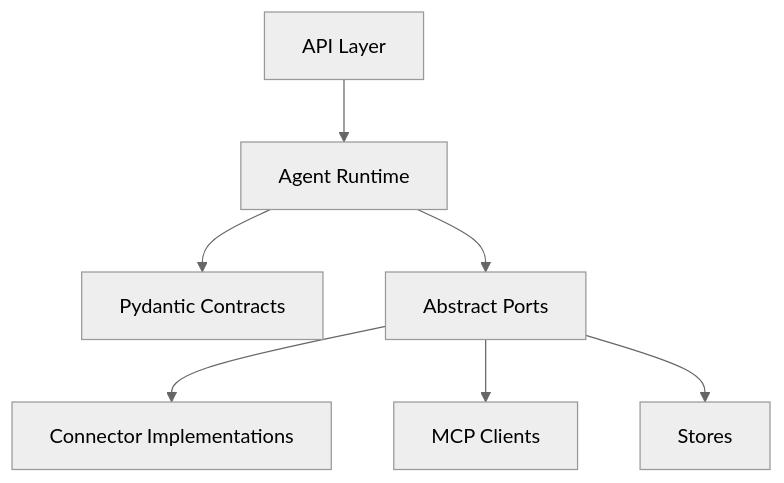
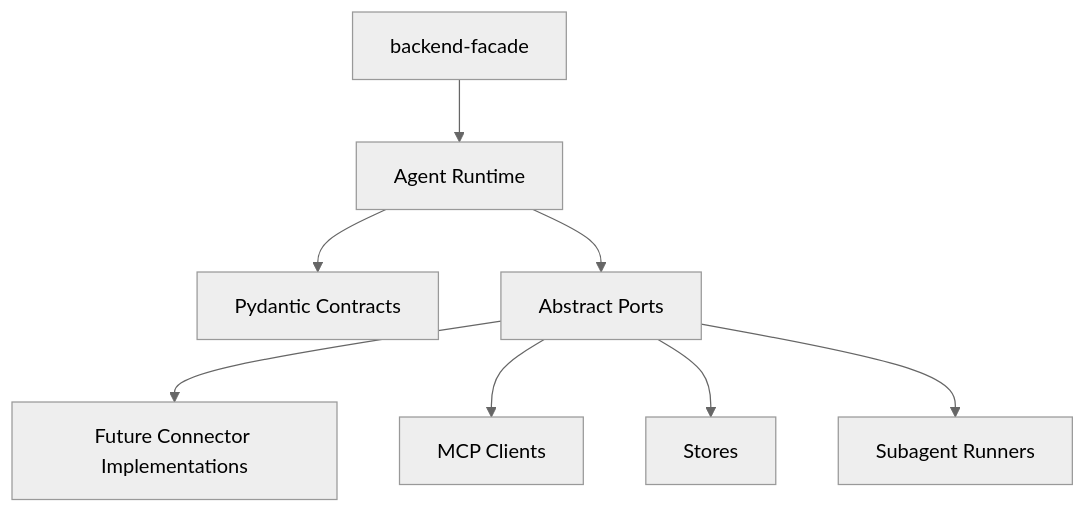
The diagram in services/ai-backend/docs/architecture/package-structure.md (0x-copilot-dev/0x-copilot), drawn with Mermaid (neutral theme) before and after one commit. The commit also changed other lines of this file and 42 other files, not shown here.

````diff
--- a/services/ai-backend/docs/architecture/package-structure.md
+++ b/services/ai-backend/docs/architecture/package-structure.md
@@ -47,9 +59,10 @@
 ```mermaid
 flowchart TD
-  App[API Layer] --> AgentRuntime[Agent Runtime]
+  Facade[backend-facade] --> AgentRuntime[Agent Runtime]
   AgentRuntime --> Contracts[Pydantic Contracts]
   AgentRuntime --> Ports[Abstract Ports]
-  Ports --> Connectors[Connector Implementations]
+  Ports --> Connectors[Future Connector Implementations]
   Ports --> McpClients[MCP Clients]
   Ports --> Stores[Stores]
+  Ports --> Runners[Subagent Runners]
 ```
````
